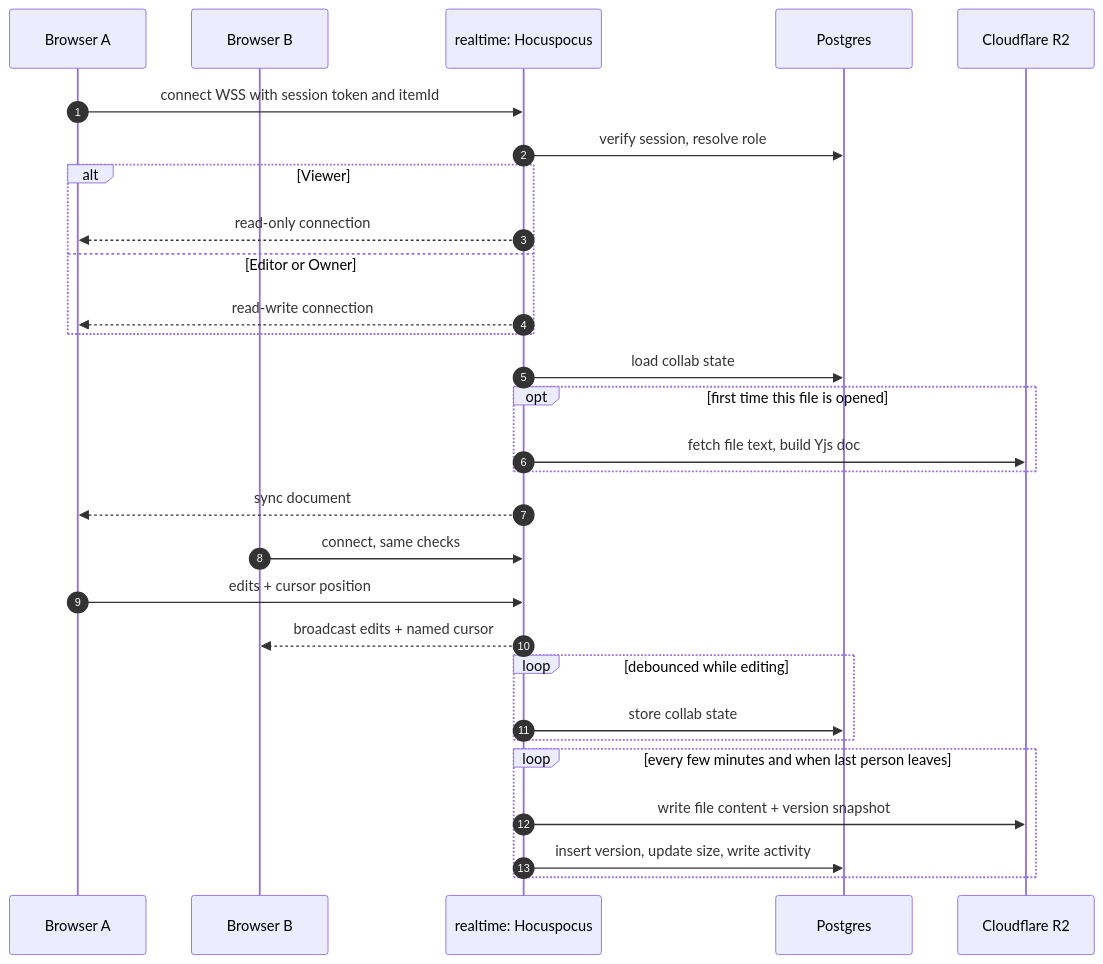
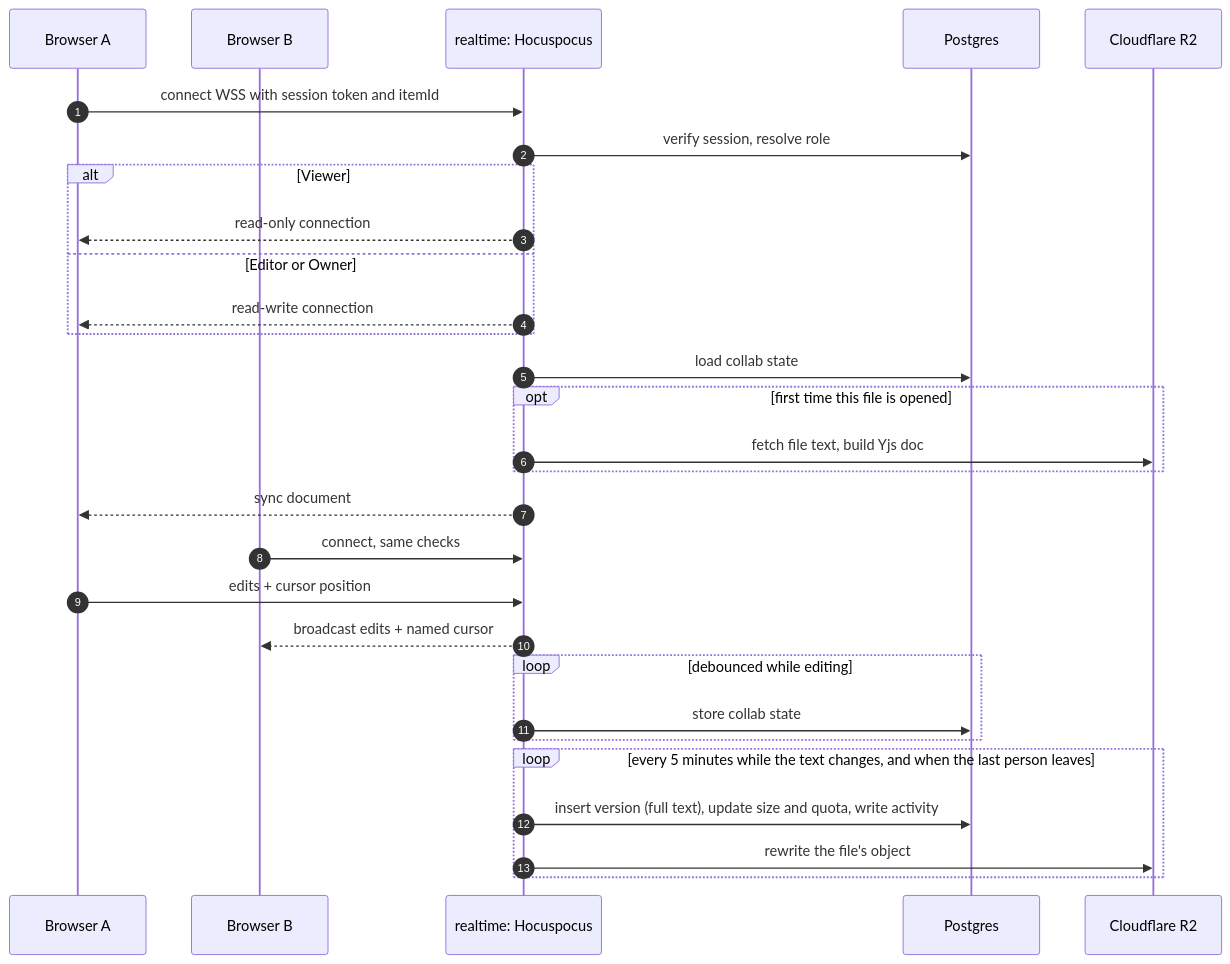
Before and after one commit to Jitesh2Git/devsbucket: the ninth of 11 diagrams in docs/diagrams.md, drawn with Mermaid. The commit also changed other lines of this file and 4 other files, not shown here.

````diff
--- a/docs/diagrams.md
+++ b/docs/diagrams.md
@@ -385,31 +389,31 @@
 ```mermaid
 sequenceDiagram
   autonumber
   participant A as Browser A
   participant C as Browser B
   participant RT as realtime: Hocuspocus
   participant DB as Postgres
   participant R2 as Cloudflare R2
   A->>RT: connect WSS with session token and itemId
   RT->>DB: verify session, resolve role
   alt Viewer
     RT-->>A: read-only connection
   else Editor or Owner
     RT-->>A: read-write connection
   end
   RT->>DB: load collab state
   opt first time this file is opened
     RT->>R2: fetch file text, build Yjs doc
   end
   RT-->>A: sync document
   C->>RT: connect, same checks
   A->>RT: edits + cursor position
   RT-->>C: broadcast edits + named cursor
   loop debounced while editing
     RT->>DB: store collab state
   end
-  loop every few minutes and when last person leaves
-    RT->>R2: write file content + version snapshot
-    RT->>DB: insert version, update size, write activity
+  loop every 5 minutes while the text changes, and when the last person leaves
+    RT->>DB: insert version (full text), update size and quota, write activity
+    RT->>R2: rewrite the file's object
   end
 ```
````
